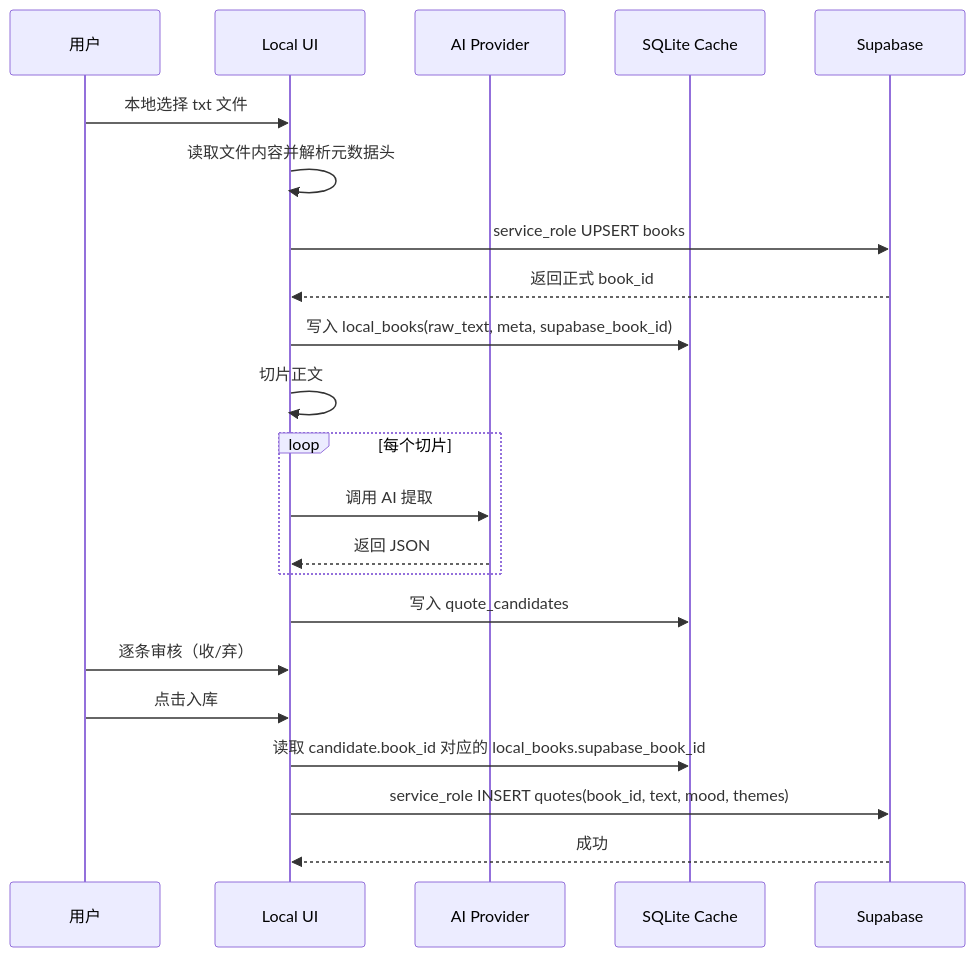
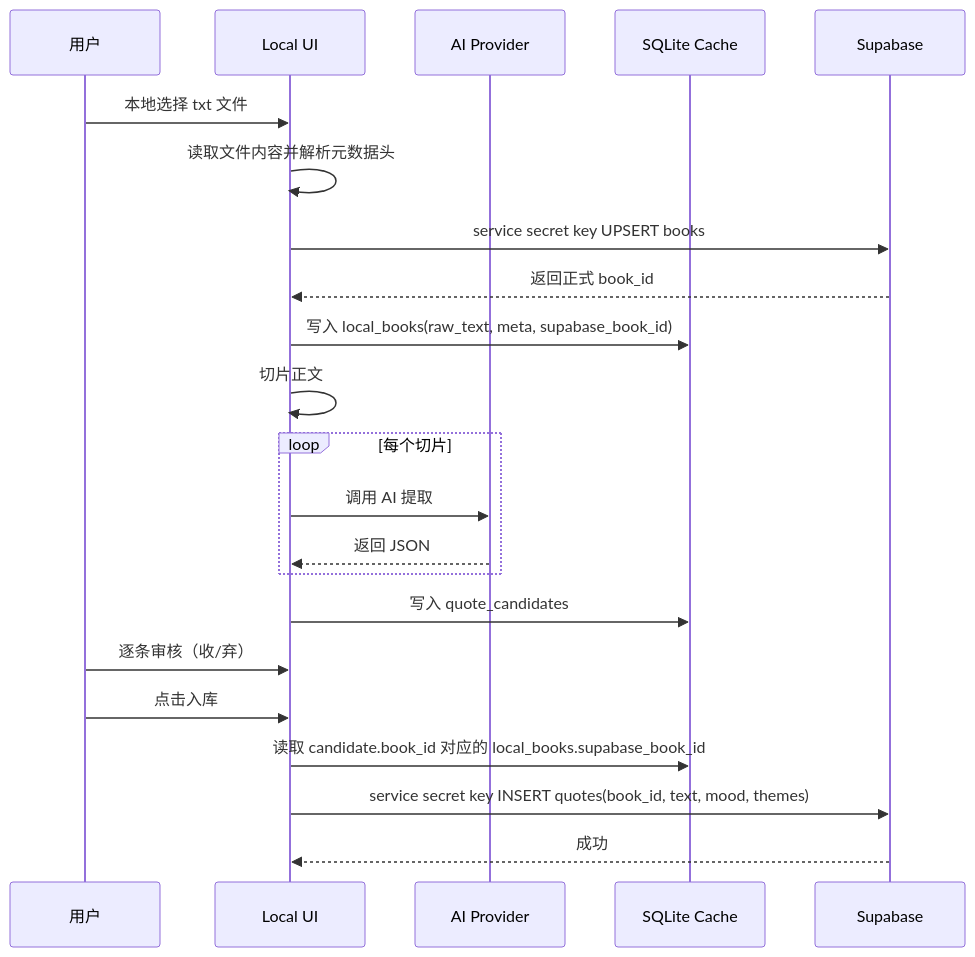
The first of 3 diagrams in docs/architecture.md (EvilIrving/daily-oracle), drawn with Mermaid before and after one commit. The commit also changed other lines of this file and 27 other files, not shown here.

````diff
--- a/docs/architecture.md
+++ b/docs/architecture.md
@@ -573,25 +575,25 @@
 ```mermaid
 sequenceDiagram
     participant User as 用户
     participant UI as Local UI
     participant AI as AI Provider
     participant SQLite as SQLite Cache
     participant Supabase as Supabase
 
     User->>UI: 本地选择 txt 文件
     UI->>UI: 读取文件内容并解析元数据头
-    UI->>Supabase: service_role UPSERT books
+    UI->>Supabase: service secret key UPSERT books
     Supabase-->>UI: 返回正式 book_id
     UI->>SQLite: 写入 local_books(raw_text, meta, supabase_book_id)
     UI->>UI: 切片正文
     loop 每个切片
         UI->>AI: 调用 AI 提取
         AI-->>UI: 返回 JSON
     end
     UI->>SQLite: 写入 quote_candidates
     User->>UI: 逐条审核（收/弃）
     User->>UI: 点击入库
     UI->>SQLite: 读取 candidate.book_id 对应的 local_books.supabase_book_id
-    UI->>Supabase: service_role INSERT quotes(book_id, text, mood, themes)
+    UI->>Supabase: service secret key INSERT quotes(book_id, text, mood, themes)
     Supabase-->>UI: 成功
 ```
````
